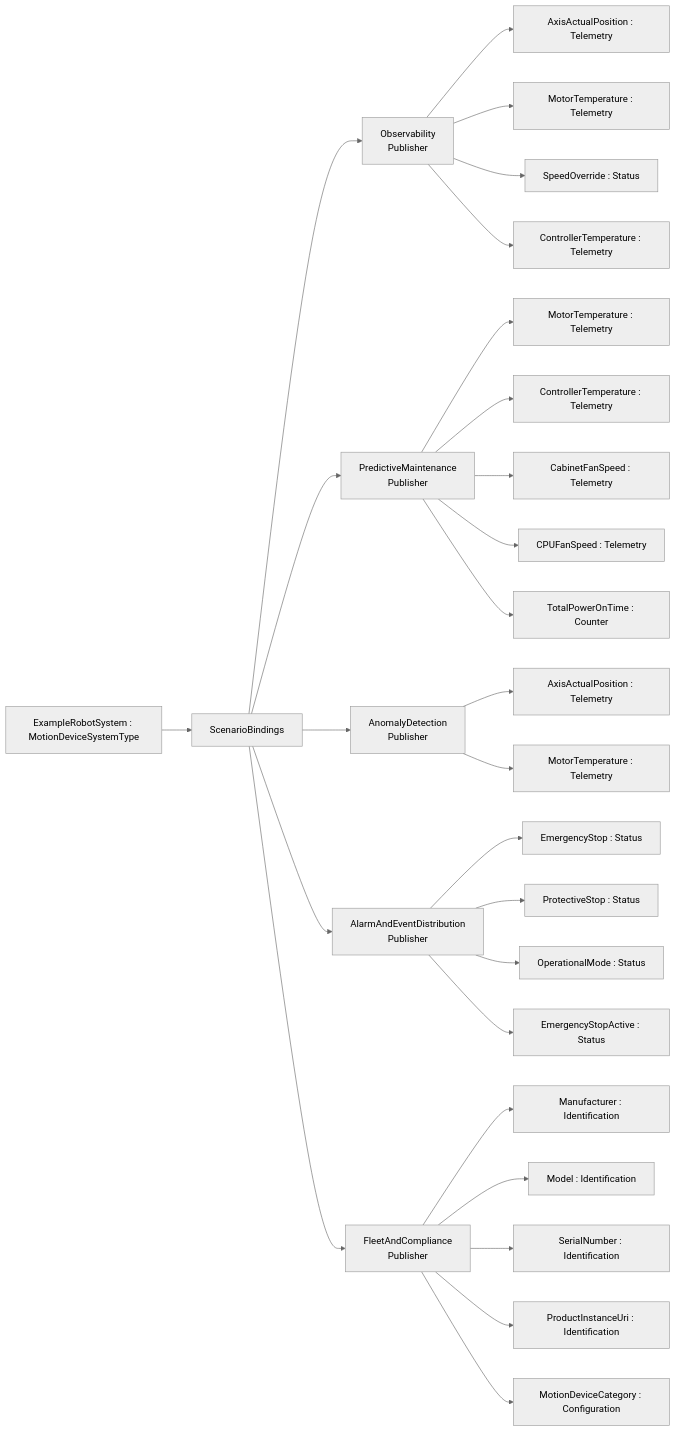
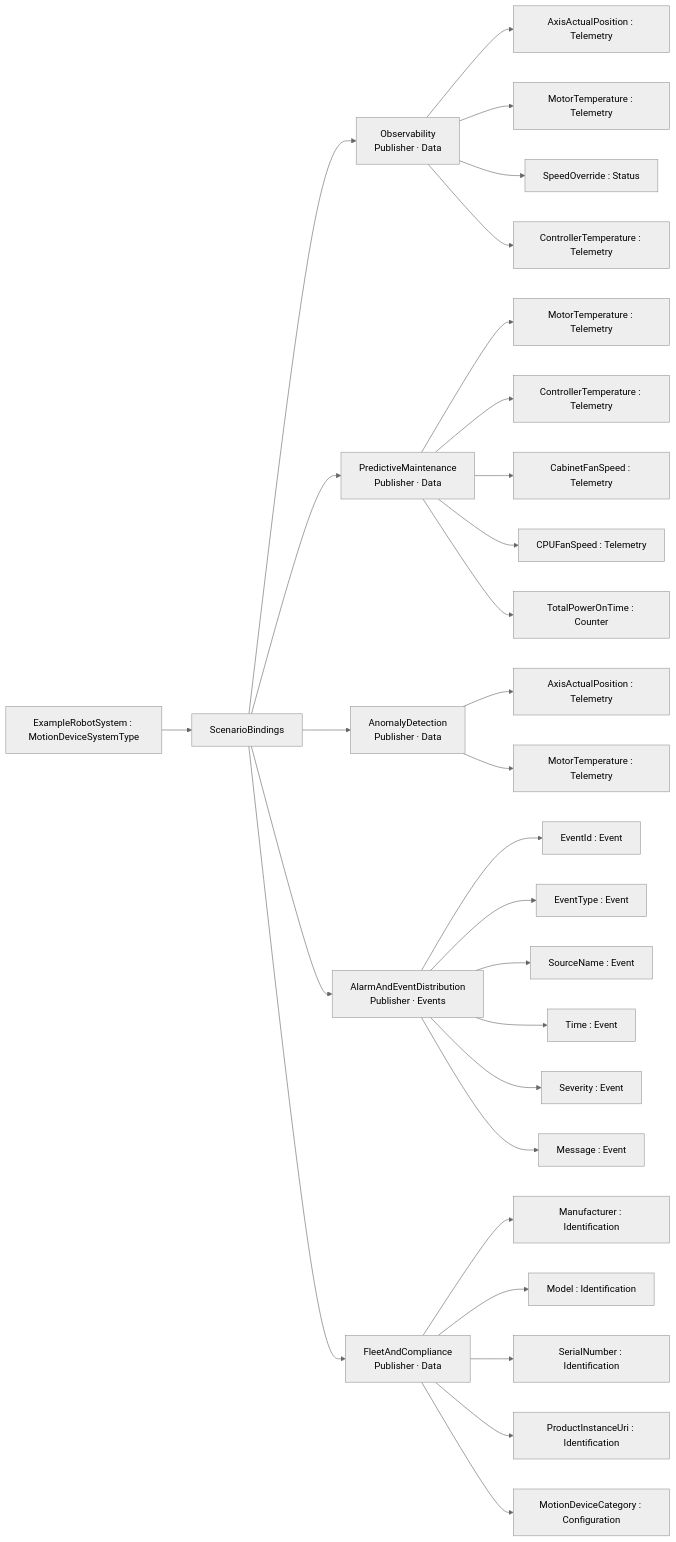
The first of 2 diagrams in core-specs/pubsub-binding/examples/robotics/OPC-UA-Robotics-PubSub-Scenario-Binding-Addendum.md (marcschier/opcua-drafts), drawn with Mermaid (neutral theme) before and after one commit. The commit also changed other lines of this file and 12 other files, not shown here.

````diff
--- a/core-specs/pubsub-binding/examples/robotics/OPC-UA-Robotics-PubSub-Scenario-Binding-Addendum.md
+++ b/core-specs/pubsub-binding/examples/robotics/OPC-UA-Robotics-PubSub-Scenario-Binding-Addendum.md
@@ -92,29 +94,31 @@
 ```mermaid
 graph LR
   ROOT["ExampleRobotSystem : MotionDeviceSystemType"] --> SB["ScenarioBindings"]
-  SB --> S0["Observability<br/>Publisher"]
+  SB --> S0["Observability<br/>Publisher · Data"]
   S0 --> S0_0["AxisActualPosition : Telemetry"]
   S0 --> S0_1["MotorTemperature : Telemetry"]
   S0 --> S0_2["SpeedOverride : Status"]
   S0 --> S0_3["ControllerTemperature : Telemetry"]
-  SB --> S1["PredictiveMaintenance<br/>Publisher"]
+  SB --> S1["PredictiveMaintenance<br/>Publisher · Data"]
   S1 --> S1_0["MotorTemperature : Telemetry"]
   S1 --> S1_1["ControllerTemperature : Telemetry"]
   S1 --> S1_2["CabinetFanSpeed : Telemetry"]
   S1 --> S1_3["CPUFanSpeed : Telemetry"]
   S1 --> S1_4["TotalPowerOnTime : Counter"]
-  SB --> S2["AnomalyDetection<br/>Publisher"]
+  SB --> S2["AnomalyDetection<br/>Publisher · Data"]
   S2 --> S2_0["AxisActualPosition : Telemetry"]
   S2 --> S2_1["MotorTemperature : Telemetry"]
-  SB --> S3["AlarmAndEventDistribution<br/>Publisher"]
-  S3 --> S3_0["EmergencyStop : Status"]
-  S3 --> S3_1["ProtectiveStop : Status"]
-  S3 --> S3_2["OperationalMode : Status"]
-  S3 --> S3_3["EmergencyStopActive : Status"]
-  SB --> S4["FleetAndCompliance<br/>Publisher"]
+  SB --> S3["AlarmAndEventDistribution<br/>Publisher · Events"]
+  S3 --> S3_0["EventId : Event"]
+  S3 --> S3_1["EventType : Event"]
+  S3 --> S3_2["SourceName : Event"]
+  S3 --> S3_3["Time : Event"]
+  S3 --> S3_4["Severity : Event"]
+  S3 --> S3_5["Message : Event"]
+  SB --> S4["FleetAndCompliance<br/>Publisher · Data"]
   S4 --> S4_0["Manufacturer : Identification"]
   S4 --> S4_1["Model : Identification"]
   S4 --> S4_2["SerialNumber : Identification"]
   S4 --> S4_3["ProductInstanceUri : Identification"]
   S4 --> S4_4["MotionDeviceCategory : Configuration"]
 ```
````
